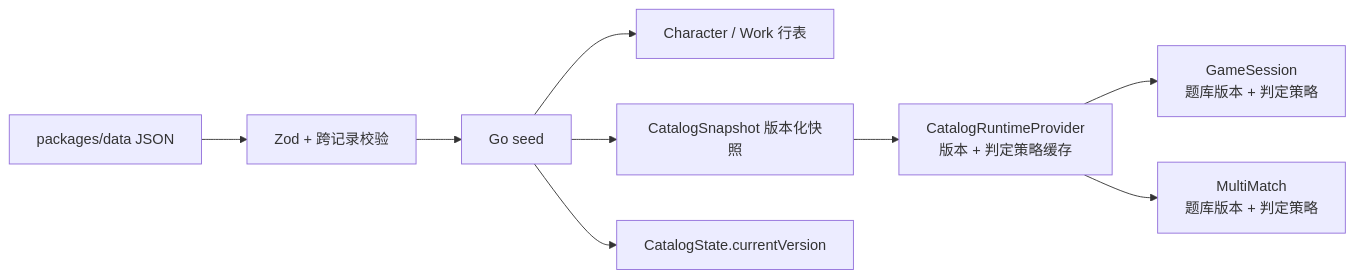
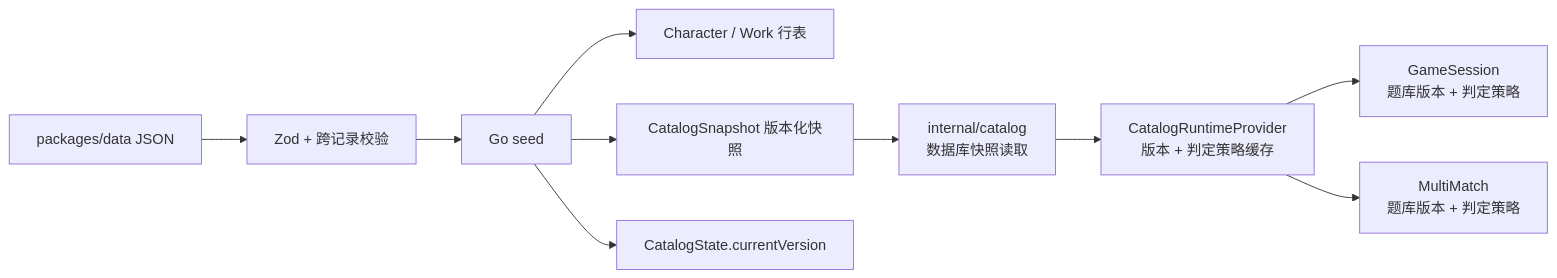
Before and after one commit to jachinzhang1/TouhouFlandre: the fourth of 6 diagrams in docs/architecture.md, drawn with Mermaid. The commit also changed other lines of this file and 32 other files, not shown here.

````diff
--- a/docs/architecture.md
+++ b/docs/architecture.md
@@ -98,11 +98,12 @@
 ```mermaid
 flowchart LR
     J[packages/data JSON] --> C[Zod + 跨记录校验]
     C --> S[Go seed]
     S --> R[Character / Work 行表]
     S --> V[CatalogSnapshot 版本化快照]
     S --> T[CatalogState.currentVersion]
-    V --> P[CatalogRuntimeProvider<br/>版本 + 判定策略缓存]
+    V --> L[internal/catalog<br/>数据库快照读取]
+    L --> P[CatalogRuntimeProvider<br/>版本 + 判定策略缓存]
     P --> G[GameSession<br/>题库版本 + 判定策略]
     P --> M[MultiMatch<br/>题库版本 + 判定策略]
 ```
````
